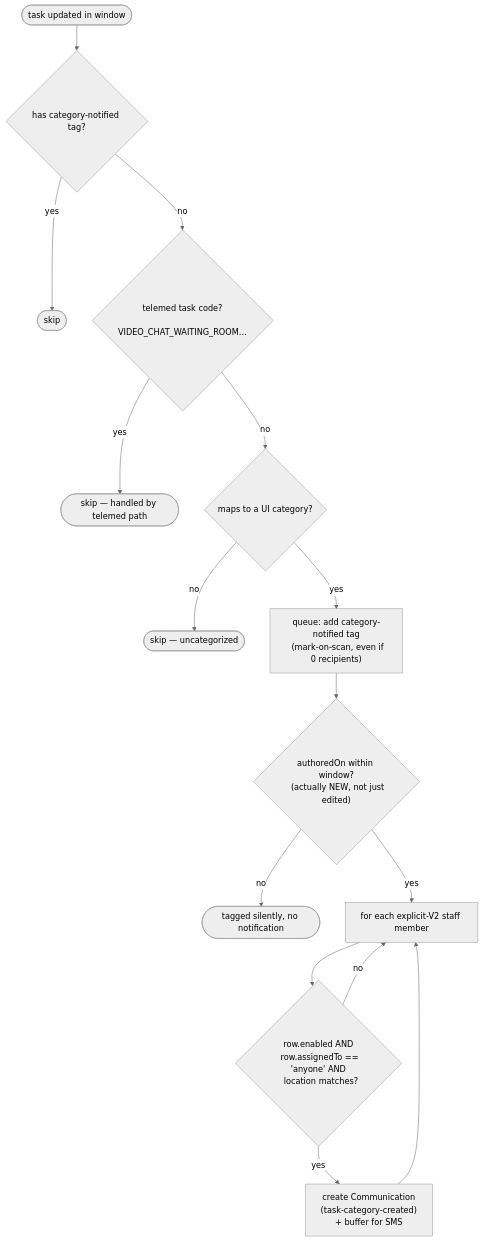
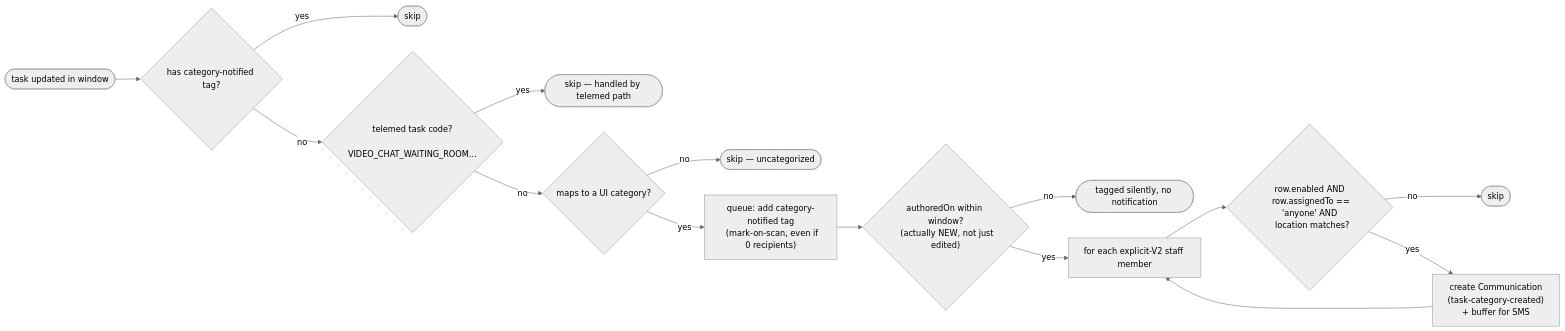
The third of 5 diagrams in docs/provider-notifications.md (masslight/ottehr), drawn with Mermaid (neutral theme) before and after one commit. The commit also changed other lines of this file and 7 other files, not shown here.

````diff
--- a/docs/provider-notifications.md
+++ b/docs/provider-notifications.md
@@ -183,24 +189,24 @@
 ```mermaid
-flowchart TD
+flowchart LR
   T([task updated in window]) --> TAG{has category-notified tag?}
   TAG -- yes --> SKIP1([skip])
   TAG -- no --> TELE{telemed task code?
    VIDEO_CHAT_WAITING_ROOM…}
   TELE -- yes --> SKIP2([skip — handled by telemed path])
   TELE -- no --> CAT{maps to a UI category?}
   CAT -- no --> SKIP3([skip — uncategorized])
   CAT -- yes --> MARK["queue: add category-notified tag
   (mark-on-scan, even if 0 recipients)"]
   MARK --> NEW{"authoredOn within window?
   (actually NEW, not just edited)"}
   NEW -- no --> SKIP4([tagged silently, no notification])
   NEW -- yes --> LOOP[for each explicit-V2 staff member]
   LOOP --> M{"row.enabled AND
   row.assignedTo == 'anyone' AND
   location matches?"}
-  M -- no --> LOOP
+  M -- no --> SKIP5([skip])
   M -- yes --> MAKE["create Communication
   (task-category-created)
   + buffer for SMS"]
   MAKE --> LOOP
 ```
````
